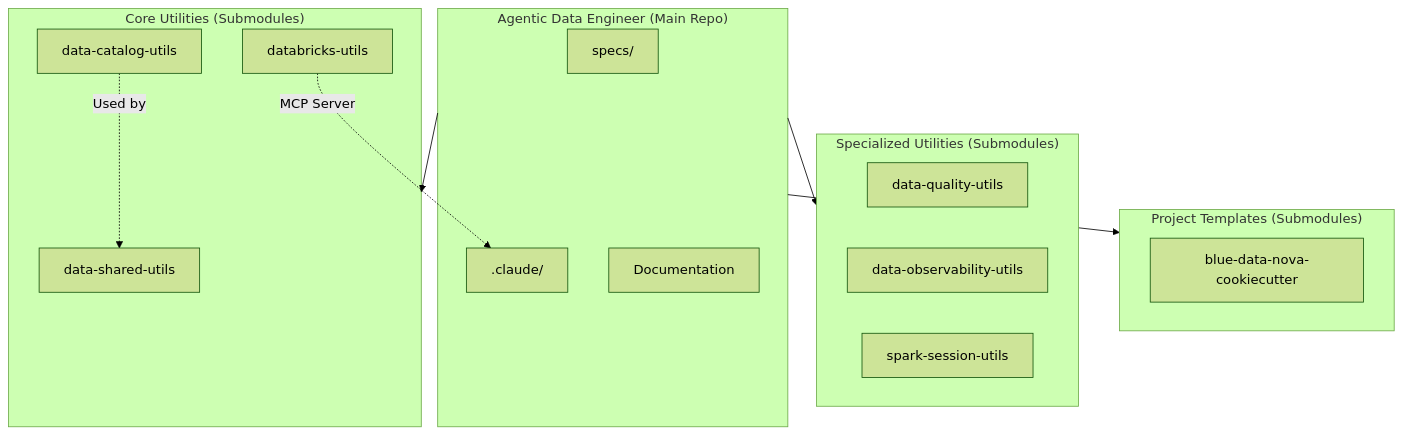
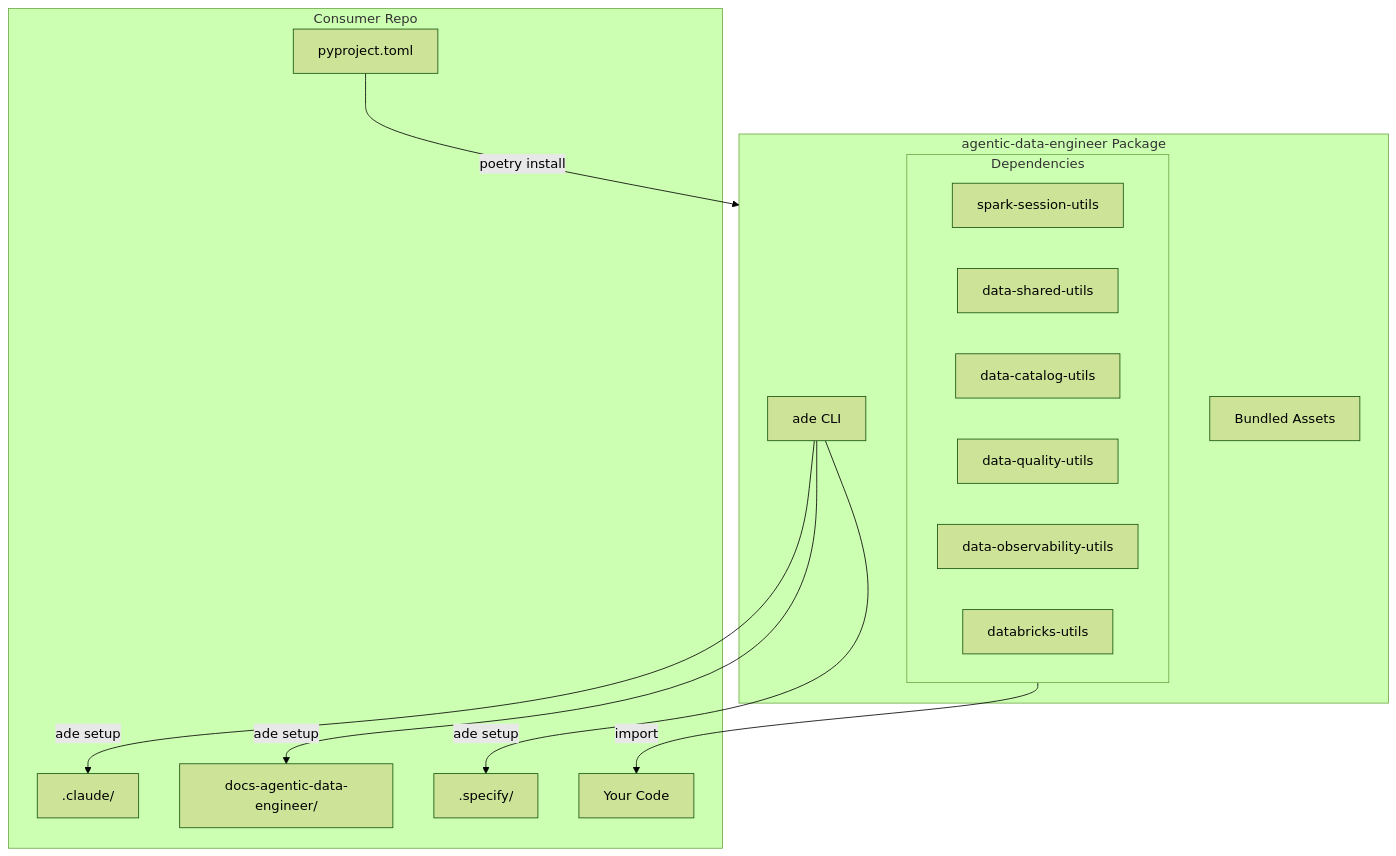
The diagram in README.md (GC1-dev/agentic-data-engineer), drawn with Mermaid (forest theme) before and after one commit. The commit also changed other lines of this file and 27 other files, not shown here.

````diff
--- a/README.md
+++ b/README.md
@@ -294,31 +332,29 @@
 ```mermaid
 flowchart TD
-    subgraph Main["Agentic Data Engineer (Main Repo)"]
-        SPECS[specs/]
-        CLAUDE[.claude/]
-        DOCS[Documentation]
+    subgraph Package["agentic-data-engineer Package"]
+        CLI[ade CLI]
+        ASSETS[Bundled Assets]
+        subgraph Deps["Dependencies"]
+            SSU[spark-session-utils]
+            DSU[data-shared-utils]
+            DCU[data-catalog-utils]
+            DQU[data-quality-utils]
+            DOU[data-observability-utils]
+            DBU[databricks-utils]
+        end
     end
 
-    subgraph Core["Core Utilities (Submodules)"]
-        DSU[data-shared-utils]
-        DCU[data-catalog-utils]
-        DBU[databricks-utils]
+    subgraph Consumer["Consumer Repo"]
+        PYPROJECT[pyproject.toml]
+        CLAUDE[.claude/]
+        DOCS[docs-agentic-data-engineer/]
+        SPECIFY[.specify/]
+        CODE[Your Code]
     end
 
-    subgraph Specialized["Specialized Utilities (Submodules)"]
-        DQU[data-quality-utils]
-        DOU[data-observability-utils]
-        SSU[spark-session-utils]
-    end
-
-    subgraph Templates["Project Templates (Submodules)"]
-        COOK[blue-data-nova-cookiecutter]
-    end
-
-    Main --> Core
-    Main --> Specialized
-    Main --> Templates
-
-    DBU -.->|MCP Server| CLAUDE
-    DCU -.->|Used by| DSU
+    PYPROJECT -->|poetry install| Package
+    CLI -->|ade setup| CLAUDE
+    CLI -->|ade setup| DOCS
+    CLI -->|ade setup| SPECIFY
+    Deps -->|import| CODE
 ```
````
